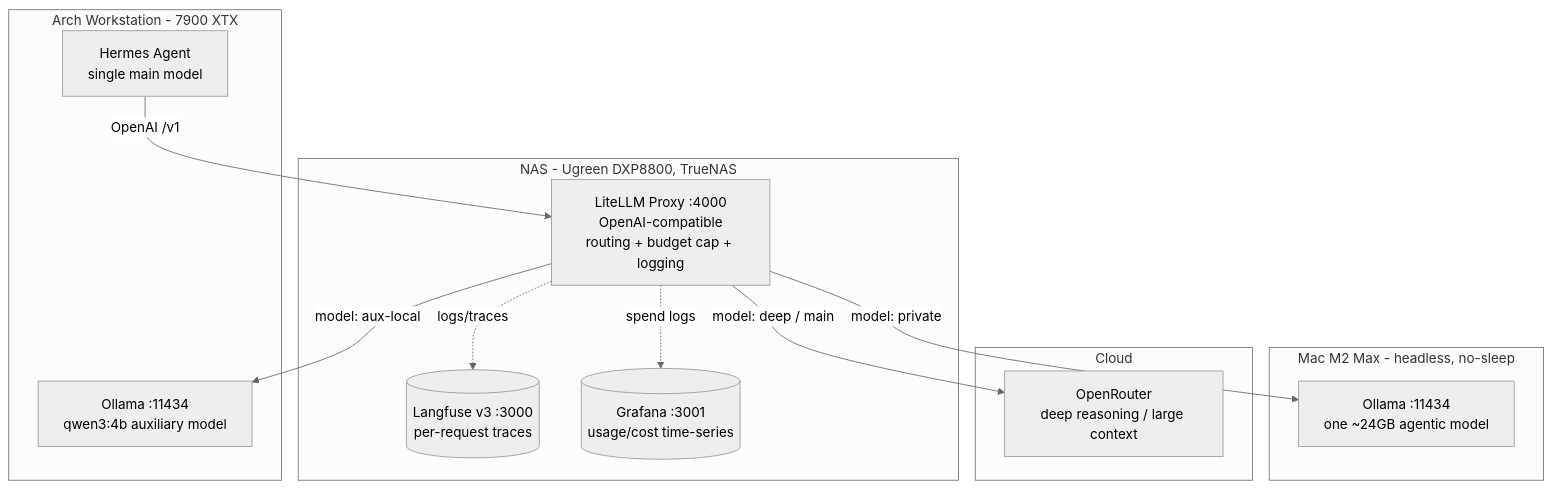
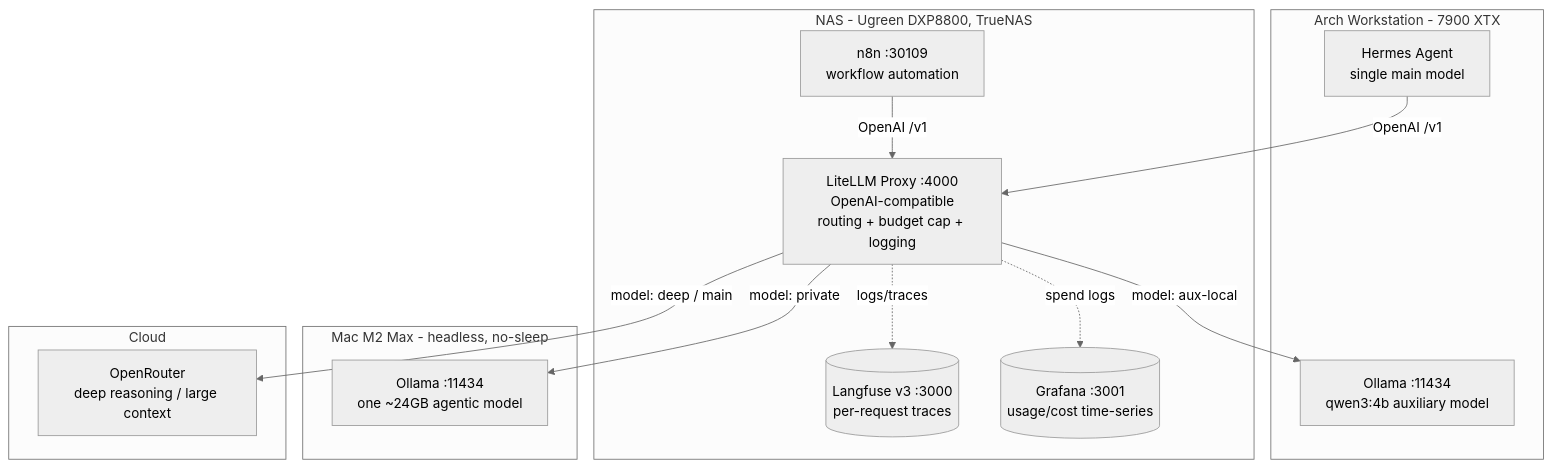
One commit to DerTechie/AISetup changed the diagram in README.md. Above: the diagram before and after it, drawn with Mermaid (neutral theme). The commit also changed other lines of this file and 3 other files, not shown here.

````diff
--- a/README.md
+++ b/README.md
@@ -13,25 +13,27 @@
 ```mermaid
 graph TD
     subgraph Arch[Arch Workstation - 7900 XTX]
         H[Hermes Agent<br/>single main model]
         OA[Ollama :11434<br/>qwen3:4b auxiliary model]
     end
     subgraph NASbox[NAS - Ugreen DXP8800, TrueNAS]
         L[LiteLLM Proxy :4000<br/>OpenAI-compatible<br/>routing + budget cap + logging]
         LF[(Langfuse v3 :3000<br/>per-request traces)]
         GR[(Grafana :3001<br/>usage/cost time-series)]
+        N8[n8n :30109<br/>workflow automation]
         L -. logs/traces .-> LF
         L -. spend logs .-> GR
+        N8 -->|OpenAI /v1| L
     end
     subgraph Mac[Mac M2 Max - headless, no-sleep]
         O[Ollama :11434<br/>one ~24GB agentic model]
     end
     subgraph Cloud[Cloud]
         OR[OpenRouter<br/>deep reasoning / large context]
     end
 
     H -->|OpenAI /v1| L
     L -->|model: private| O
     L -->|model: aux-local| OA
     L -->|model: deep / main| OR
 ```
````
